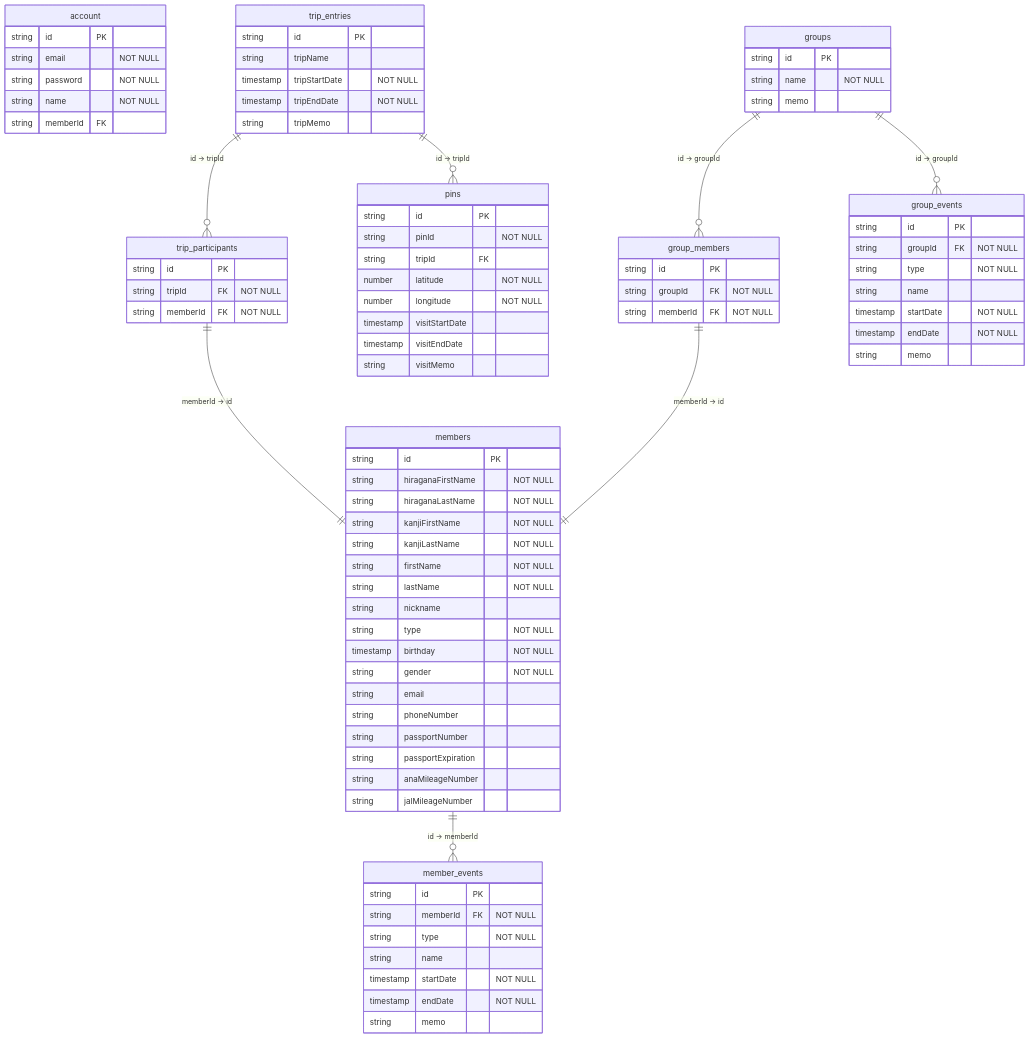
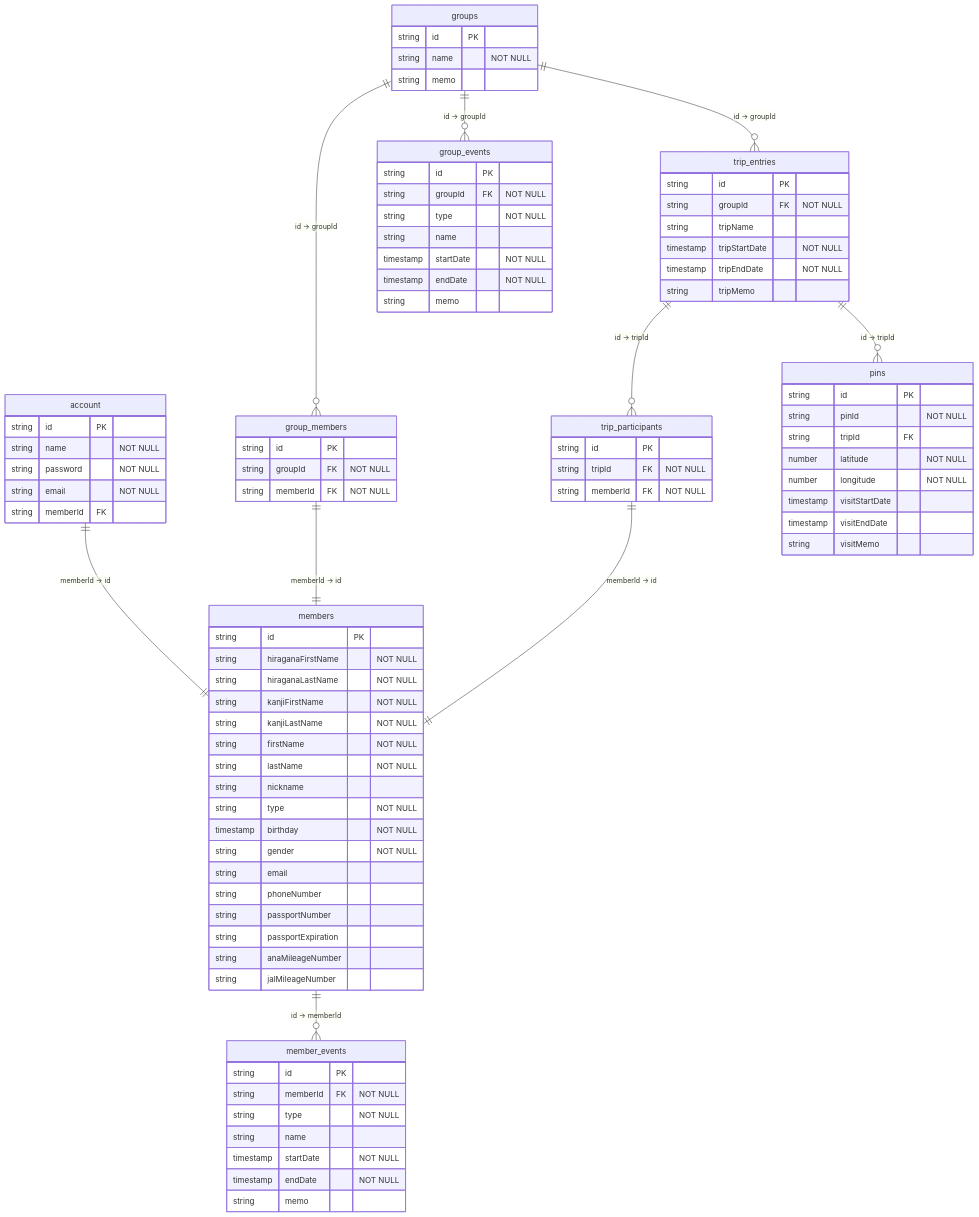
One commit to taka-016/memora changed the diagram in doc/er_diagram.md. Above: the diagram before and after it, drawn with Mermaid. The commit also changed 8 other files, not shown here.

Commit message:
ER図修正

````diff
--- a/doc/er_diagram.md
+++ b/doc/er_diagram.md
@@ -4,13 +4,14 @@
 erDiagram
     account {
         string id PK
+        string name "NOT NULL"
+        string password "NOT NULL"
         string email "NOT NULL"
-        string password "NOT NULL"
-        string name "NOT NULL"
         string memberId FK
     }
     trip_entries {
         string id PK
+        string groupId FK "NOT NULL"
         string tripName
         timestamp tripStartDate "NOT NULL"
         timestamp tripEndDate "NOT NULL"
@@ -86,4 +87,6 @@
     groups ||--o{ group_members : "id → groupId"
     group_members ||--|| members : "memberId → id"
     groups ||--o{ group_events : "id → groupId"
+    groups ||--o{ trip_entries : "id → groupId"
+    account ||--|| members : "memberId → id"
 ```
````
